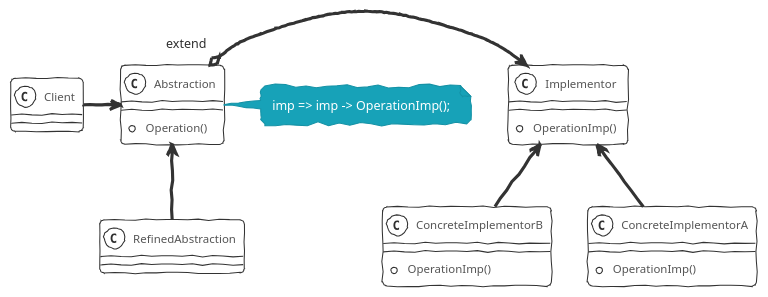
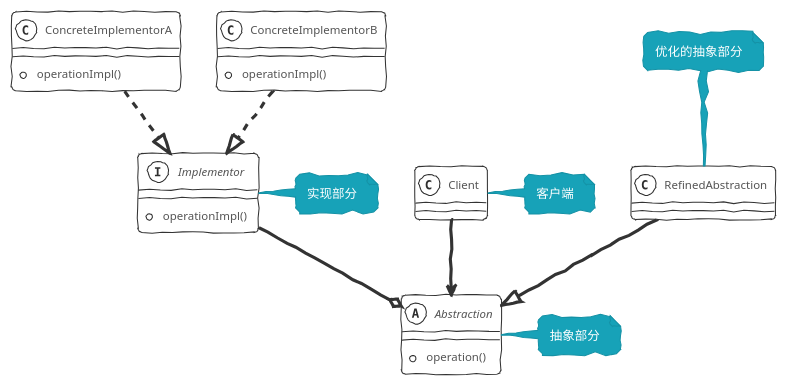
Before and after one commit to xiahubs/xiahubs.github.io: the diagram in source/_posts/DesignPatterns/bridge.md, drawn with PlantUML. The commit also changed 18 other files, not shown here.

```diff
--- a/source/_posts/DesignPatterns/bridge.md
+++ b/source/_posts/DesignPatterns/bridge.md
@@ -8,28 +8,28 @@
 {% plantuml %}
 !theme sketchy-outline
-class Client {
 
+abstract class Abstraction
+{
+  + operation()
 }
-class Abstraction {
-  + Operation()
-}
-note right of Abstraction : imp => imp -> OperationImp();
-class RefinedAbstraction {
+note right: 抽象部分
 
-}
-class Implementor {
-  + OperationImp()
-}
-class ConcreteImplementorA {
-  + OperationImp()
-}
-class ConcreteImplementorB {
-  + OperationImp()
-}
+class RefinedAbstraction
+note top of RefinedAbstraction:优化的抽象部分
 
-Client -right-> Abstraction
-Abstraction "extend" o-right-> Implementor
-RefinedAbstraction -up-> Abstraction
-ConcreteImplementorA -up-> Implementor
-ConcreteImplementorB -up-> Implementor
+interface Implementor
+Implementor : + operationImpl()
+note right:实现部分
+
+class Client
+note right : 客户端
+
+ConcreteImplementorA : + operationImpl()
+ConcreteImplementorB : + operationImpl()
+Client --> Abstraction
+RefinedAbstraction --|> Abstraction
+Implementor --o Abstraction
+ConcreteImplementorA ..|> Implementor
+ConcreteImplementorB ..|> Implementor
+
 {% endplantuml %}
```
